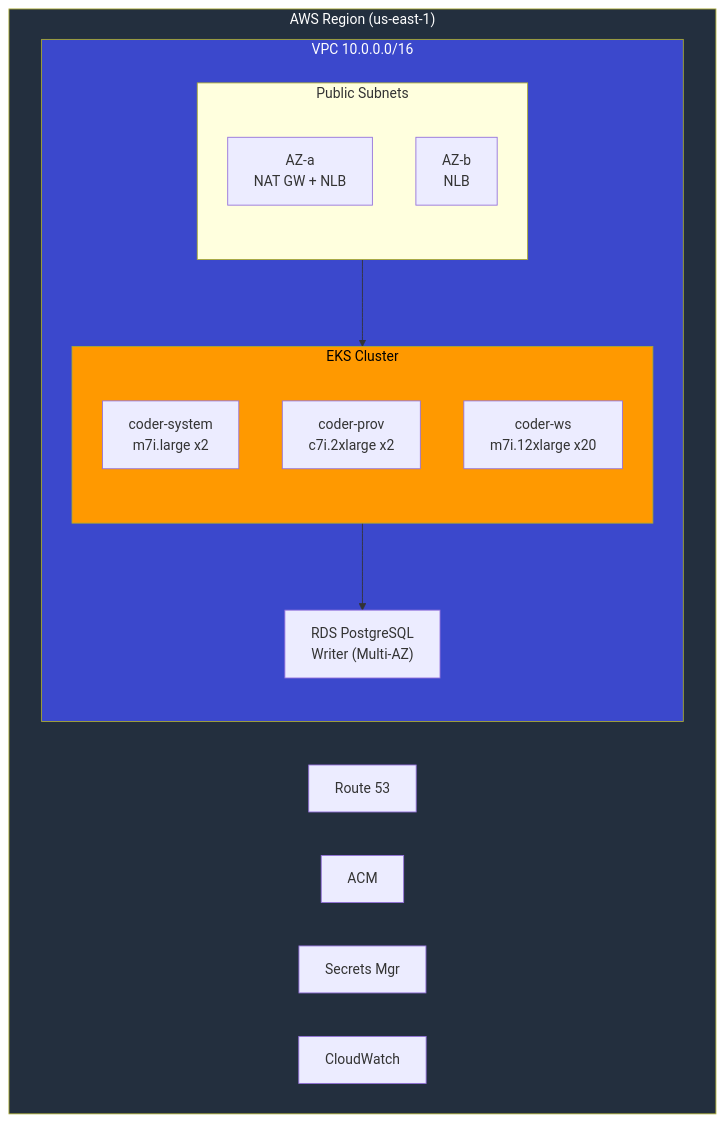
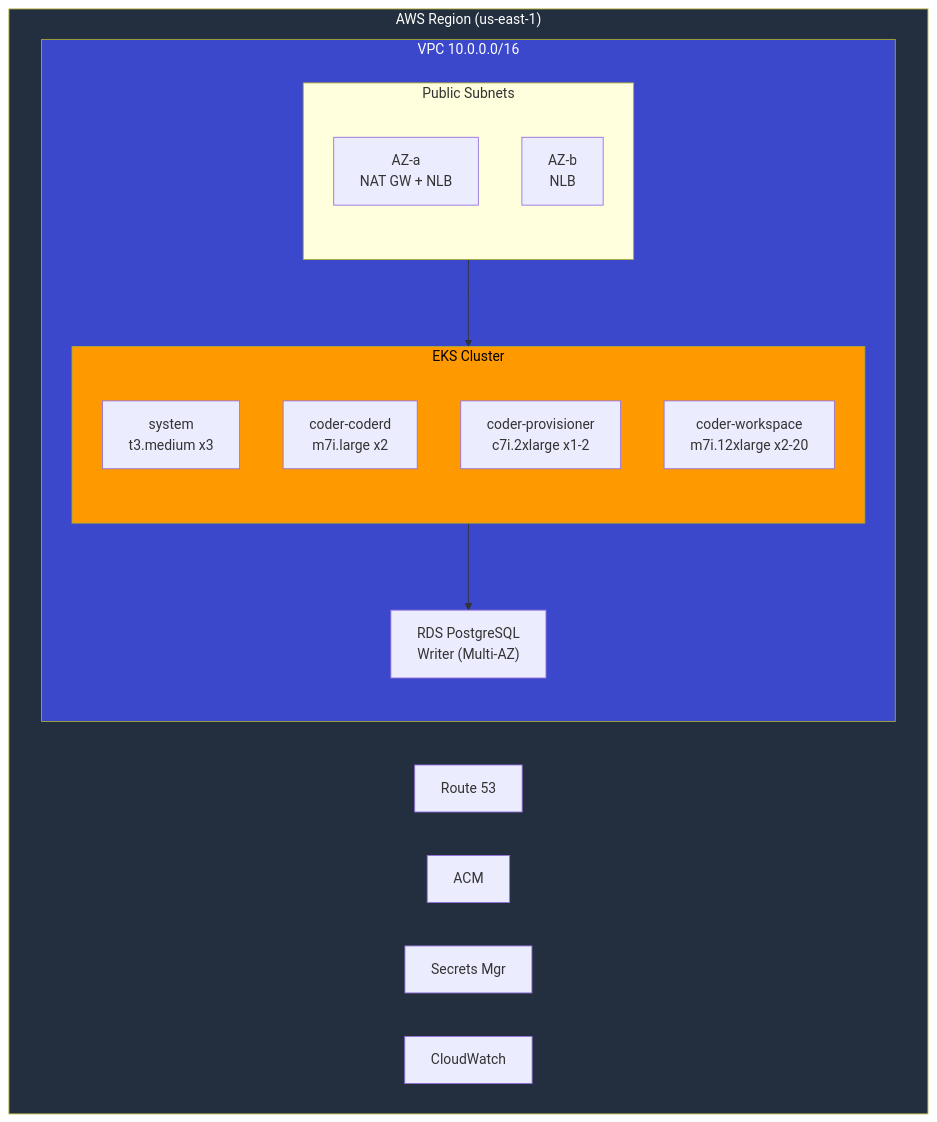
One commit to ausbru87/coder-deployment-guide-aws changed the first of 6 diagrams in deployment-guide/architecture/diagrams.md. Above: the diagram before and after it, drawn with Mermaid. The commit also changed other lines of this file and 1 other file, not shown here.

Commit message:
Add dedicated system node group (t3.medium x3), taint all coder node groups

````diff
--- a/deployment-guide/architecture/diagrams.md
+++ b/deployment-guide/architecture/diagrams.md
@@ -62,30 +62,31 @@
 ```mermaid
 flowchart TB
     subgraph Region["AWS Region (us-east-1)"]
         subgraph VPC["VPC 10.0.0.0/16"]
             subgraph Public["Public Subnets"]
                 AZa["AZ-a<br/>NAT GW + NLB"]
                 AZb["AZ-b<br/>NLB"]
             end
             
             subgraph EKS["EKS Cluster"]
-                system["coder-system<br/>m7i.large x2"]
-                prov["coder-prov<br/>c7i.2xlarge x2"]
-                ws["coder-ws<br/>m7i.12xlarge x20"]
+                sys["system<br/>t3.medium x3"]
+                coderd["coder-coderd<br/>m7i.large x2"]
+                prov["coder-provisioner<br/>c7i.2xlarge x1-2"]
+                ws["coder-workspace<br/>m7i.12xlarge x2-20"]
             end
             
             RDS["RDS PostgreSQL<br/>Writer (Multi-AZ)"]
         end
         
         R53["Route 53"] 
         ACM["ACM"]
         SM["Secrets Mgr"]
         CW["CloudWatch"]
     end
     
     Public --> EKS --> RDS
     
     style Region fill:#232f3e,color:#fff
     style VPC fill:#3b48cc,color:#fff
     style EKS fill:#ff9900,color:#000
 ```
````
